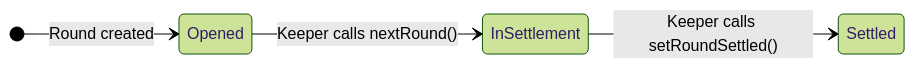
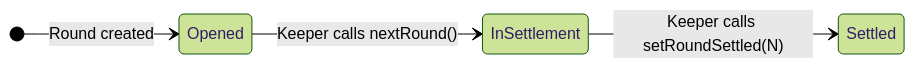
One commit to OasisDEX/summer-earn-protocol changed the fourth of 8 diagrams in packages/core-contracts/src/contracts/rounds-vault/docs/rounds_vault_technical_reference.md. Above: the diagram before and after it, drawn with Mermaid (forest theme). The commit also changed other lines of this file and 10 other files, not shown here.

Commit message:
refactor: decouple round advancement from settlement to enable two-phase execution and precise exchange rate calculation per round

````diff
--- a/packages/core-contracts/src/contracts/rounds-vault/docs/rounds_vault_technical_reference.md
+++ b/packages/core-contracts/src/contracts/rounds-vault/docs/rounds_vault_technical_reference.md
@@ -137,7 +138,7 @@
 ```mermaid
 stateDiagram-v2
     direction LR
     [*] --> Opened: Round created
     Opened --> InSettlement: Keeper calls nextRound()
-    InSettlement --> Settled: Keeper calls setRoundSettled()
+    InSettlement --> Settled: Keeper calls setRoundSettled(N)
 ```
````
